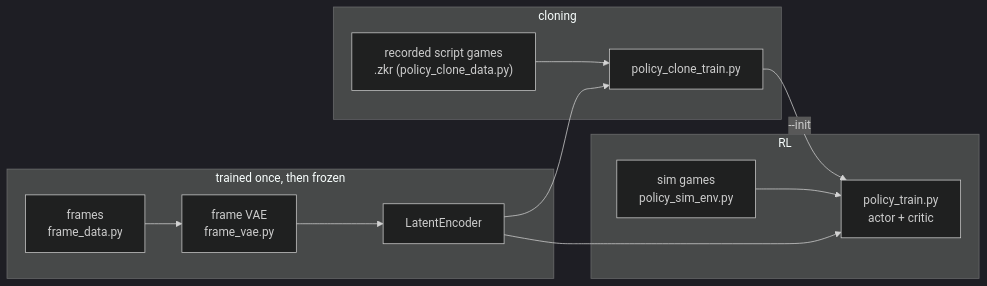
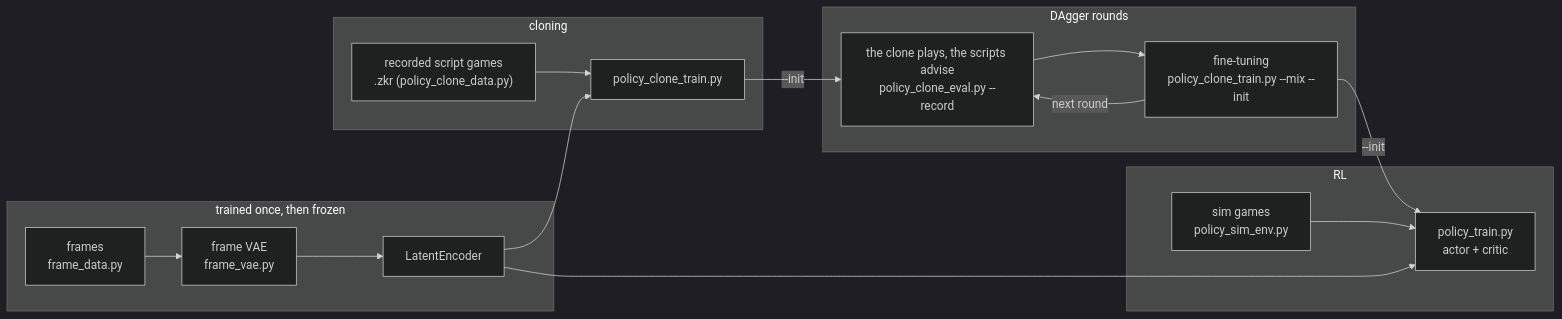
Diagram 11 of 11 in docs/model.md (pts1667/zk-ArenaAI), drawn with Mermaid (dark theme) before and after one commit. The commit also changed other lines of this file and 8 other files, not shown here.

First line of the commit message:
Add a pipeline for a whole run (encoder, clone, DAgger rounds, PPO), z in PPO, and read no z as cloning's unknown z

````diff
--- a/docs/model.md
+++ b/docs/model.md
@@ -407,15 +409,20 @@
 ```mermaid
 flowchart LR
     subgraph enc ["trained once, then frozen"]
         FD["frames<br/>frame_data.py"] --> VAE["frame VAE<br/>frame_vae.py"] --> E["LatentEncoder"]
     end
     subgraph clone ["cloning"]
         REC["recorded script games<br/>.zkr (policy_clone_data.py)"] --> CT["policy_clone_train.py"]
     end
     subgraph rl ["RL"]
         SIM["sim games<br/>policy_sim_env.py"] --> PPO["policy_train.py<br/>actor + critic"]
     end
+    subgraph dagger ["DAgger rounds"]
+        DR["the clone plays, the scripts advise<br/>policy_clone_eval.py --record"] --> DT["fine-tuning<br/>policy_clone_train.py --mix --init"]
+    end
     E --> CT
     E --> PPO
-    CT -- "--init" --> PPO
+    CT -- "--init" --> DR
+    DT -- "next round" --> DR
+    DT -- "--init" --> PPO
 ```
````
